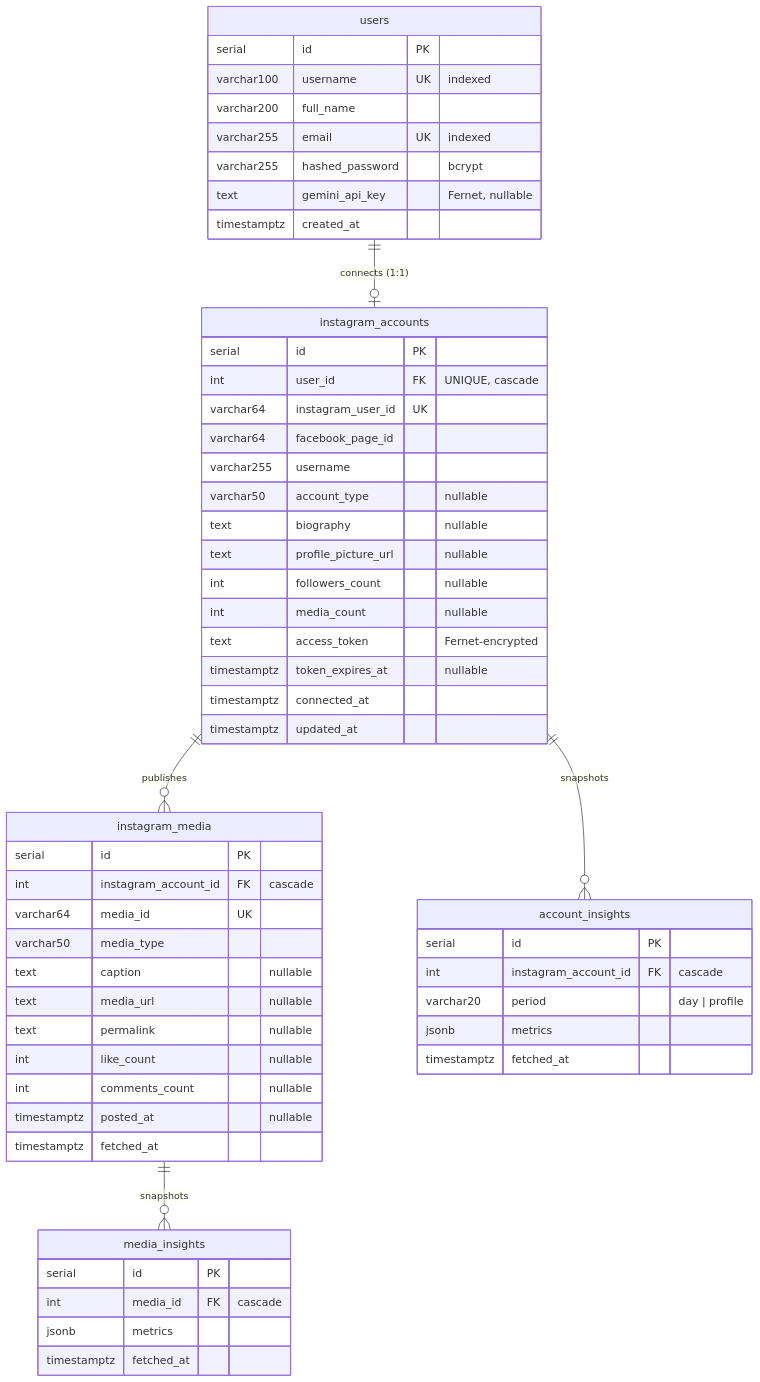
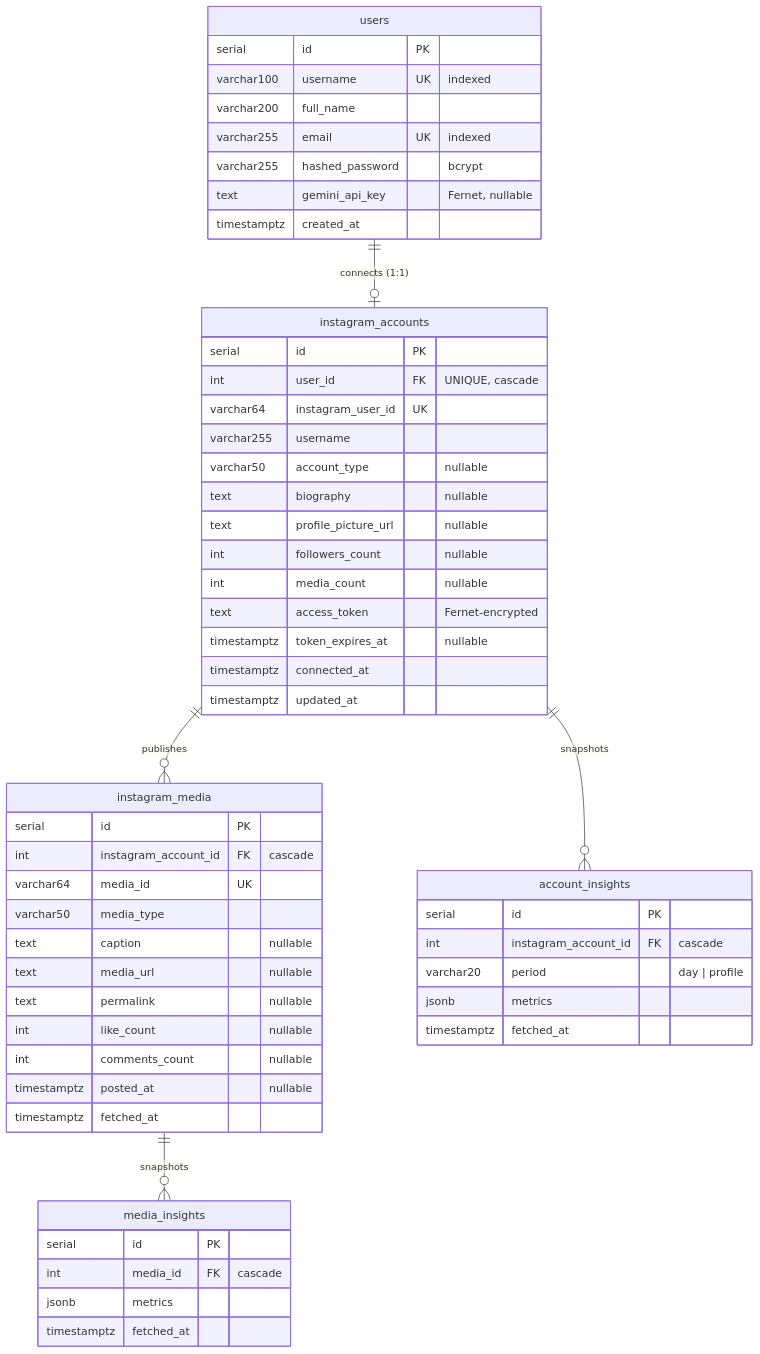
One commit to Manohar0441/instagram-ai-agent changed the first of 2 diagrams in Documents/DATABASE.md. Above: the diagram before and after it, drawn with Mermaid. The commit also changed other lines of this file and 18 other files, not shown here.

````diff
--- a/Documents/DATABASE.md
+++ b/Documents/DATABASE.md
@@ -10,63 +10,62 @@
 ```mermaid
 erDiagram
     users ||--o| instagram_accounts : "connects (1:1)"
     instagram_accounts ||--o{ instagram_media : "publishes"
     instagram_accounts ||--o{ account_insights : "snapshots"
     instagram_media ||--o{ media_insights : "snapshots"
 
     users {
         serial id PK
         varchar100 username UK "indexed"
         varchar200 full_name
         varchar255 email UK "indexed"
         varchar255 hashed_password "bcrypt"
         text gemini_api_key "Fernet, nullable"
         timestamptz created_at
     }
 
     instagram_accounts {
         serial id PK
         int user_id FK "UNIQUE, cascade"
         varchar64 instagram_user_id UK
-        varchar64 facebook_page_id
         varchar255 username
         varchar50 account_type "nullable"
         text biography "nullable"
         text profile_picture_url "nullable"
         int followers_count "nullable"
         int media_count "nullable"
         text access_token "Fernet-encrypted"
         timestamptz token_expires_at "nullable"
         timestamptz connected_at
         timestamptz updated_at
     }
 
     instagram_media {
         serial id PK
         int instagram_account_id FK "cascade"
         varchar64 media_id UK
         varchar50 media_type
         text caption "nullable"
         text media_url "nullable"
         text permalink "nullable"
         int like_count "nullable"
         int comments_count "nullable"
         timestamptz posted_at "nullable"
         timestamptz fetched_at
     }
 
     account_insights {
         serial id PK
         int instagram_account_id FK "cascade"
         varchar20 period "day | profile"
         jsonb metrics
         timestamptz fetched_at
     }
 
     media_insights {
         serial id PK
         int media_id FK "cascade"
         jsonb metrics
         timestamptz fetched_at
     }
 ```
````
